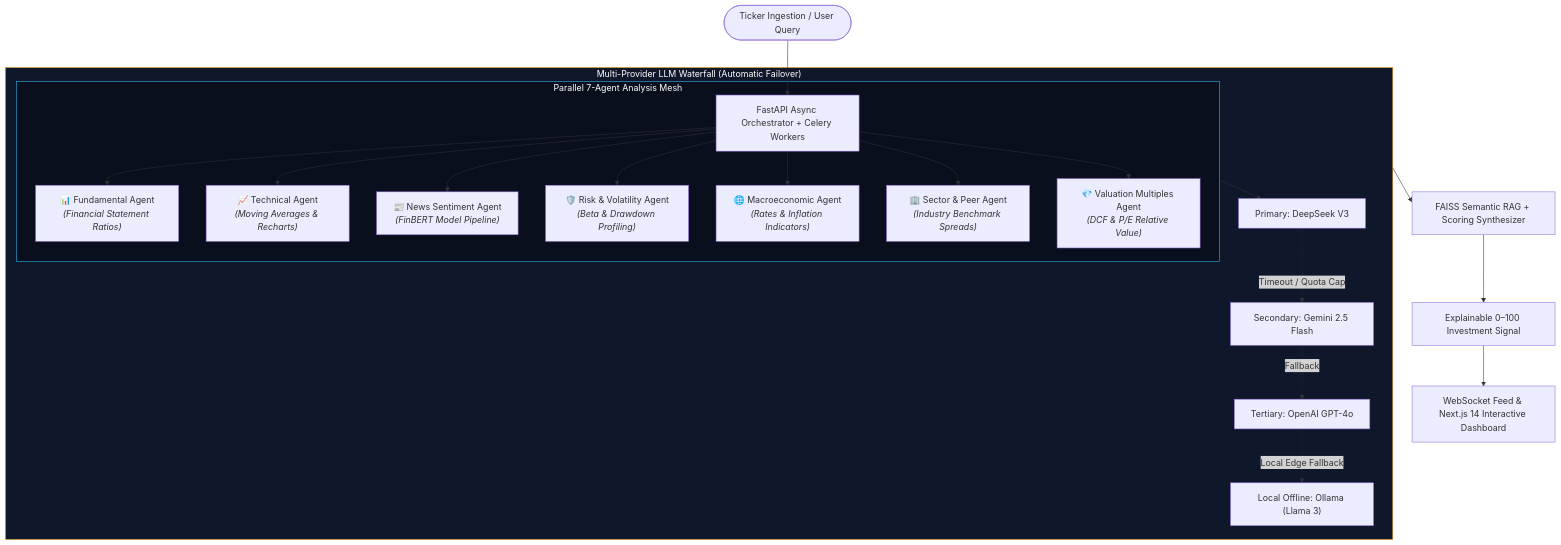
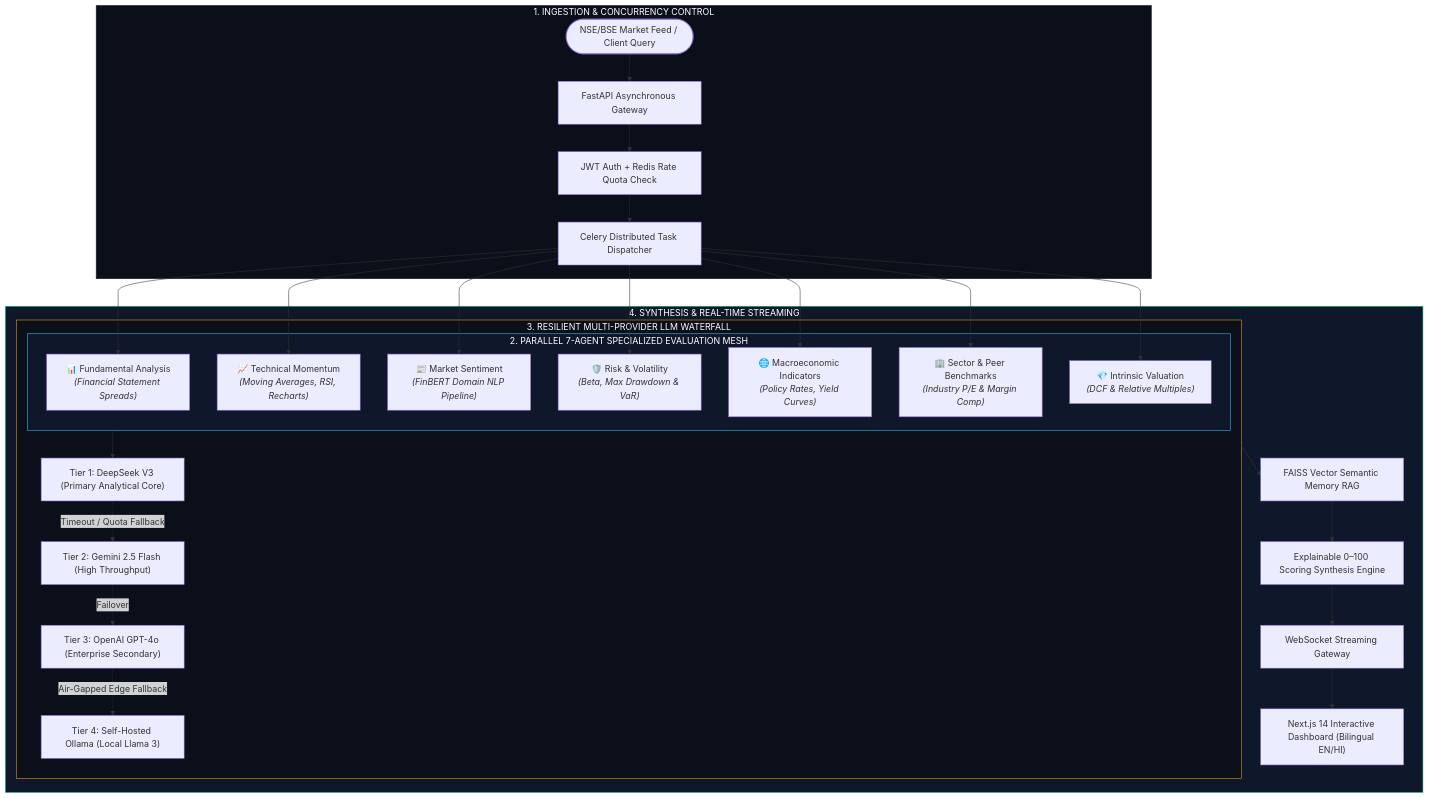
One commit to hkbharti77/hkbharti77 changed the first of 2 diagrams in README.md. Above: the diagram before and after it, drawn with Mermaid. The commit also changed other lines of this file, not shown here.

Commit message:
Elevate UI to Fortune-500 enterprise grade: high-density telemetry, structured architectural dossiers, and refined card systems

````diff
--- a/README.md
+++ b/README.md
@@ -141,28 +123,37 @@
 ```mermaid
 flowchart TD
-    User([Ticker Ingestion / User Query]) --> Orchestrator["FastAPI Async Orchestrator + Celery Workers"]
-
-    subgraph AgentsMesh ["Parallel 7-Agent Analysis Mesh"]
-        Orchestrator --> A1["📊 Fundamental Agent<br/><i>(Financial Statement Ratios)</i>"]
-        Orchestrator --> A2["📈 Technical Agent<br/><i>(Moving Averages & Recharts)</i>"]
-        Orchestrator --> A3["📰 News Sentiment Agent<br/><i>(FinBERT Model Pipeline)</i>"]
-        Orchestrator --> A4["🛡️ Risk & Volatility Agent<br/><i>(Beta & Drawdown Profiling)</i>"]
-        Orchestrator --> A5["🌐 Macroeconomic Agent<br/><i>(Rates & Inflation Indicators)</i>"]
-        Orchestrator --> A6["🏢 Sector & Peer Agent<br/><i>(Industry Benchmark Spreads)</i>"]
-        Orchestrator --> A7["💎 Valuation Multiples Agent<br/><i>(DCF & P/E Relative Value)</i>"]
+    subgraph IngestionGateway ["1. INGESTION & CONCURRENCY CONTROL"]
+        UserReq([NSE/BSE Market Feed / Client Query]) --> FastAPIRouter["FastAPI Asynchronous Gateway"]
+        FastAPIRouter --> SessionAuth["JWT Auth + Redis Rate Quota Check"]
+        SessionAuth --> CeleryWorker["Celery Distributed Task Dispatcher"]
     end
 
-    subgraph LLMFailover ["Multi-Provider LLM Waterfall (Automatic Failover)"]
-        AgentsMesh --> LLM1["Primary: DeepSeek V3"]
-        LLM1 -.->|Timeout / Quota Cap| LLM2["Secondary: Gemini 2.5 Flash"]
-        LLM2 -.->|Fallback| LLM3["Tertiary: OpenAI GPT-4o"]
-        LLM3 -.->|Local Edge Fallback| LLM4["Local Offline: Ollama (Llama 3)"]
+    subgraph AgentMesh ["2. PARALLEL 7-AGENT SPECIALIZED EVALUATION MESH"]
+        CeleryWorker --> A1["📊 Fundamental Analysis<br/><i>(Financial Statement Spreads)</i>"]
+        CeleryWorker --> A2["📈 Technical Momentum<br/><i>(Moving Averages, RSI, Recharts)</i>"]
+        CeleryWorker --> A3["📰 Market Sentiment<br/><i>(FinBERT Domain NLP Pipeline)</i>"]
+        CeleryWorker --> A4["🛡️ Risk & Volatility<br/><i>(Beta, Max Drawdown & VaR)</i>"]
+        CeleryWorker --> A5["🌐 Macroeconomic Indicators<br/><i>(Policy Rates, Yield Curves)</i>"]
+        CeleryWorker --> A6["🏢 Sector & Peer Benchmarks<br/><i>(Industry P/E & Margin Comp)</i>"]
+        CeleryWorker --> A7["💎 Intrinsic Valuation<br/><i>(DCF & Relative Multiples)</i>"]
     end
 
-    LLMFailover --> Aggregator["FAISS Semantic RAG + Scoring Synthesizer"]
-    Aggregator --> Output["Explainable 0–100 Investment Signal"]
-    Output --> Stream["WebSocket Feed & Next.js 14 Interactive Dashboard"]
+    subgraph ResilienceWaterfall ["3. RESILIENT MULTI-PROVIDER LLM WATERFALL"]
+        AgentMesh --> LLM1["Tier 1: DeepSeek V3 (Primary Analytical Core)"]
+        LLM1 -.->|Timeout / Quota Fallback| LLM2["Tier 2: Gemini 2.5 Flash (High Throughput)"]
+        LLM2 -.->|Failover| LLM3["Tier 3: OpenAI GPT-4o (Enterprise Secondary)"]
+        LLM3 -.->|Air-Gapped Edge Fallback| LLM4["Tier 4: Self-Hosted Ollama (Local Llama 3)"]
+    end
 
-    style AgentsMesh fill:#0a0f1d,stroke:#38bdf8,stroke-width:1px,color:#fff
-    style LLMFailover fill:#0f172a,stroke:#f59e0b,stroke-width:1px,color:#fff
+    subgraph SynthesisDelivery ["4. SYNTHESIS & REAL-TIME STREAMING"]
+        ResilienceWaterfall --> FAISSRAG["FAISS Vector Semantic Memory RAG"]
+        FAISSRAG --> ScoringEngine["Explainable 0–100 Scoring Synthesis Engine"]
+        ScoringEngine --> WSServer["WebSocket Streaming Gateway"]
+        WSServer --> ClientUI["Next.js 14 Interactive Dashboard (Bilingual EN/HI)"]
+    end
+
+    style IngestionGateway fill:#0B0F19,stroke:#1E293B,stroke-width:1px,color:#fff
+    style AgentMesh fill:#0F172A,stroke:#38BDF8,stroke-width:1px,color:#fff
+    style ResilienceWaterfall fill:#0B0F19,stroke:#F59E0B,stroke-width:1px,color:#fff
+    style SynthesisDelivery fill:#0F172A,stroke:#10B981,stroke-width:1px,color:#fff
 ```
````
